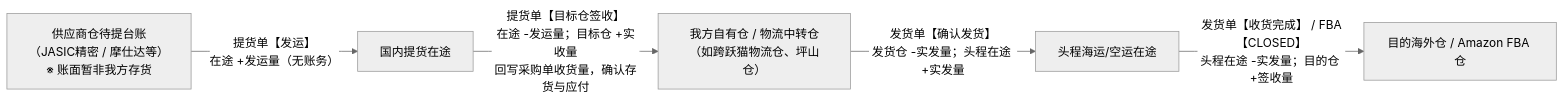
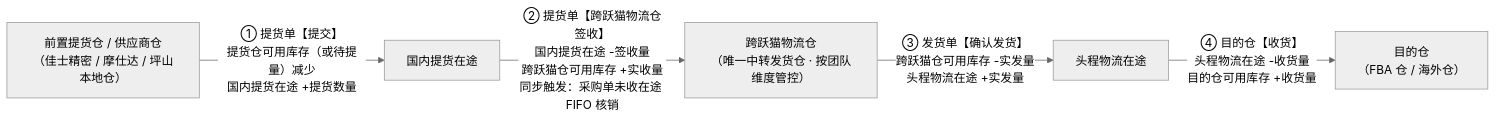
One commit to heiquanrenheiquanren-lab/Middle-Platform-Pages changed the tenth of 10 diagrams in PRD/发货全链路协同管理PRD（发货计划V2-FBA货件-提货单-发货单）.md. Above: the diagram before and after it, drawn with Mermaid (neutral theme). The commit also changed other lines of this file and 32 other files, not shown here.

````diff
--- a/PRD/发货全链路协同管理PRD（发货计划V2-FBA货件-提货单-发货单）.md
+++ b/PRD/发货全链路协同管理PRD（发货计划V2-FBA货件-提货单-发货单）.md
@@ -117,7 +585,7 @@
 ```mermaid
 flowchart LR
-    V["供应商仓待提台账<br/>（JASIC精密 / 摩仕达等）<br/>※ 账面暂非我方存货"] -->|"提货单【发运】<br/>在途 +发运量（无账务）"| T1["国内提货在途"]
-    T1 -->|"提货单【目标仓签收】<br/>在途 -发运量；目标仓 +实收量<br/>回写采购单收货量，确认存货与应付"| W["我方自有仓 / 物流中转仓<br/>（如跨跃猫物流仓、坪山仓）"]
-    W -->|"发货单【确认发货】<br/>发货仓 -实发量；头程在途 +实发量"| T2["头程海运/空运在途"]
-    T2 -->|"发货单【收货完成】 / FBA【CLOSED】<br/>头程在途 -实发量；目的仓 +签收量"| D["目的海外仓 / Amazon FBA 仓"]
+    V["前置提货仓 / 供应商仓<br/>（佳士精密 / 摩仕达 / 坪山本地仓）"] -->|"① 提货单【提交】<br/>提货仓可用库存（或待提量）减少<br/>国内提货在途 +提货数量"| T1["国内提货在途"]
+    T1 -->|"② 提货单【跨跃猫物流仓签收】<br/>国内提货在途 -签收量<br/>跨跃猫仓可用库存 +实收量<br/>同步触发：采购单未收在途 FIFO 核销"| W["跨跃猫物流仓<br/>（唯一中转发货仓 · 按团队维度管控）"]
+    W -->|"③ 发货单【确认发货】<br/>跨跃猫仓可用库存 -实发量<br/>头程物流在途 +实发量"| T2["头程物流在途"]
+    T2 -->|"④ 目的仓【收货】<br/>头程物流在途 -收货量<br/>目的仓可用库存 +收货量"| D["目的仓<br/>（FBA 仓 / 海外仓）"]
 ```
````
